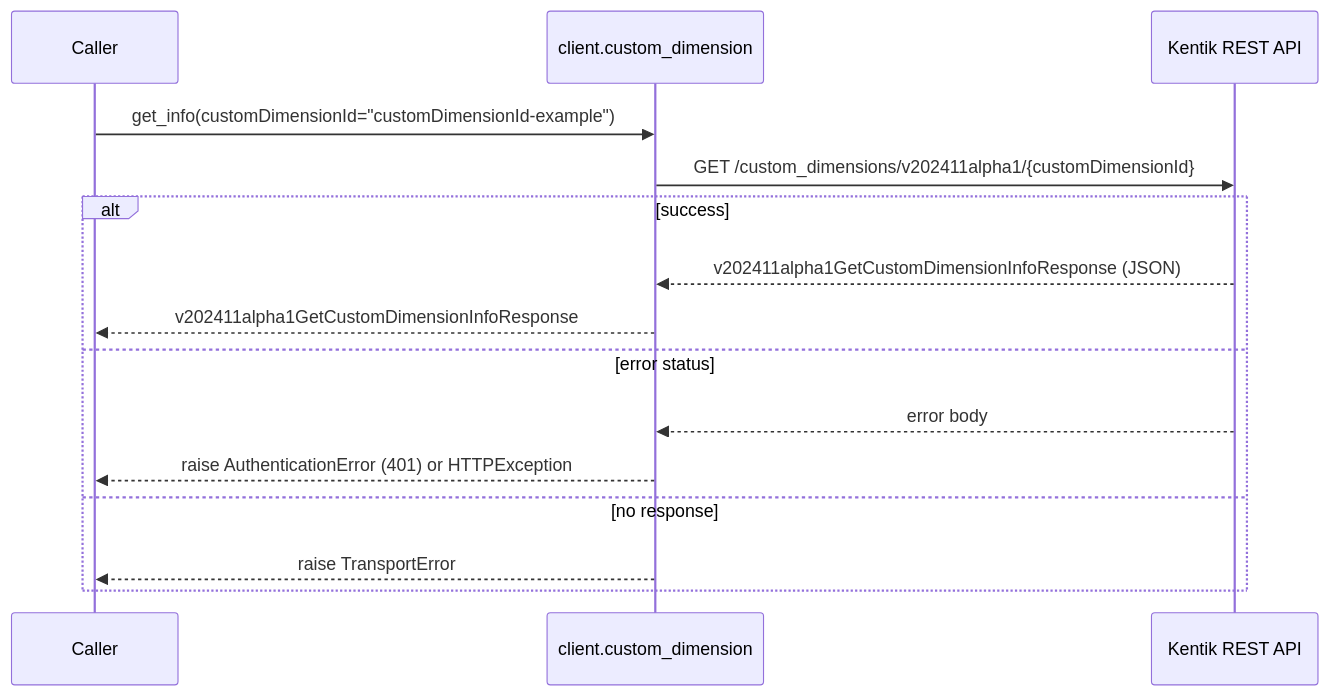
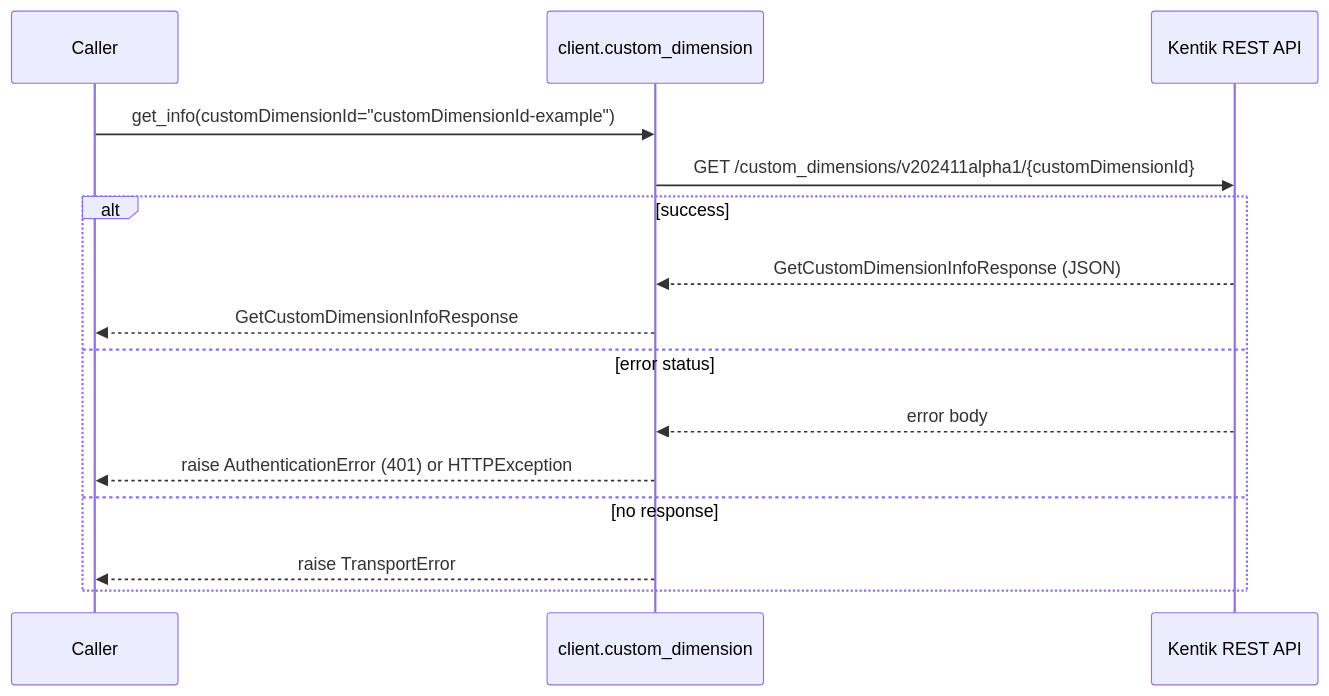
The fourth of 22 diagrams in docs/sphinx/services/custom_dimension.md (alexdearaujo/community_sdk_python), drawn with Mermaid before and after one commit. The commit also changed other lines of this file and 38 other files, not shown here.

````diff
--- a/docs/sphinx/services/custom_dimension.md
+++ b/docs/sphinx/services/custom_dimension.md
@@ -106,18 +106,18 @@
 ```mermaid
 sequenceDiagram
     participant C as Caller
     participant W as client.custom_dimension
     participant API as Kentik REST API
 
     C->>W: get_info(customDimensionId="customDimensionId-example")
     W->>API: GET /custom_dimensions/v202411alpha1/{customDimensionId}
     alt success
-        API-->>W: v202411alpha1GetCustomDimensionInfoResponse (JSON)
-        W-->>C: v202411alpha1GetCustomDimensionInfoResponse
+        API-->>W: GetCustomDimensionInfoResponse (JSON)
+        W-->>C: GetCustomDimensionInfoResponse
     else error status
         API-->>W: error body
         W-->>C: raise AuthenticationError (401) or HTTPException
     else no response
         W-->>C: raise TransportError
     end
 ```
````
